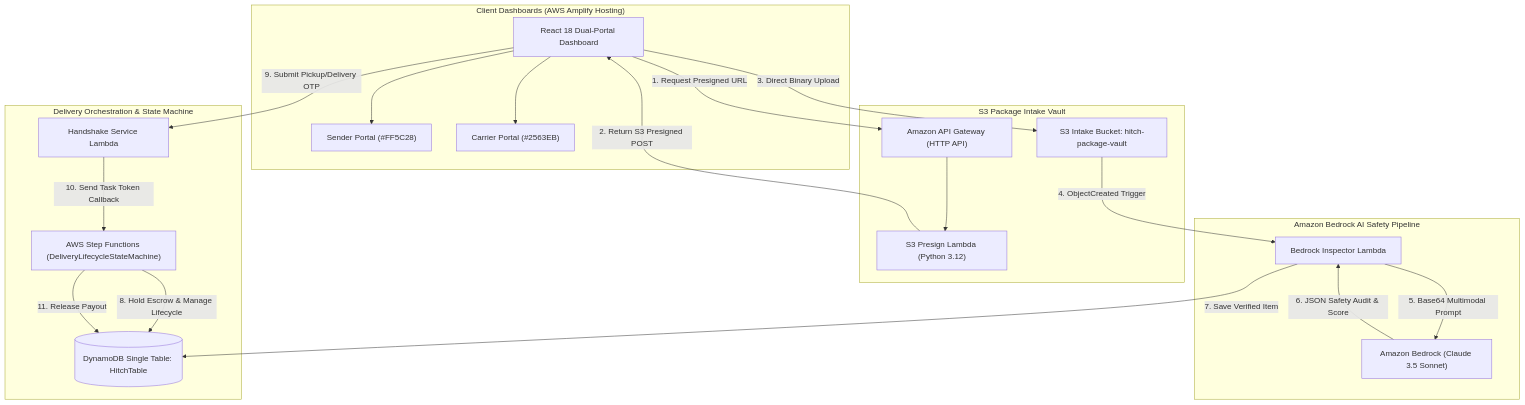
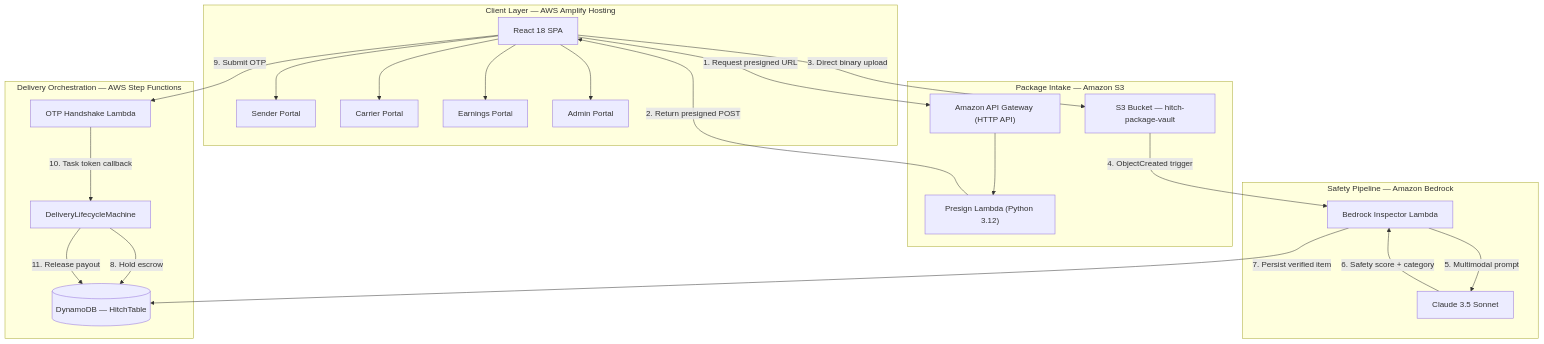
Before and after one commit to supreetpatil79/Hitch: the diagram in README.md, drawn with Mermaid. The commit also changed other lines of this file, not shown here.

Commit message:
docs(readme): rewrite platform overview, architecture reference, pricing model, and deployment guide

````diff
--- a/README.md
+++ b/README.md
@@ -33,42 +18,40 @@
 ```mermaid
 flowchart TD
-    subgraph Frontend ["Client Dashboards (AWS Amplify Hosting)"]
-        UI["React 18 Dual-Portal Dashboard"]
-        SP["Sender Portal (#FF5C28)"]
-        CP["Carrier Portal (#2563EB)"]
-        UI --> SP
-        UI --> CP
+    subgraph Frontend ["Client Layer — AWS Amplify Hosting"]
+        UI["React 18 SPA"]
+        SP["Sender Portal"]
+        CP["Carrier Portal"]
+        EP["Earnings Portal"]
+        AP["Admin Portal"]
+        UI --> SP & CP & EP & AP
     end
 
-    subgraph Ingestion ["S3 Package Intake Vault"]
-        API["Amazon API Gateway (HTTP API)"]
-        PresignLambda["S3 Presign Lambda (Python 3.12)"]
-        S3Bucket["S3 Intake Bucket: hitch-package-vault"]
-        
-        UI -->|1. Request Presigned URL| API
-        API --> PresignLambda
-        PresignLambda -->|2. Return S3 Presigned POST| UI
-        UI -->|3. Direct Binary Upload| S3Bucket
+    subgraph Ingestion ["Package Intake — Amazon S3"]
+        APIGW["Amazon API Gateway (HTTP API)"]
+        PresignFn["Presign Lambda (Python 3.12)"]
+        S3["S3 Bucket — hitch-package-vault"]
+        UI -->|"1. Request presigned URL"| APIGW
+        APIGW --> PresignFn
+        PresignFn -->|"2. Return presigned POST"| UI
+        UI -->|"3. Direct binary upload"| S3
     end
 
-    subgraph AI_Inspection ["Amazon Bedrock AI Safety Pipeline"]
-        BedrockLambda["Bedrock Inspector Lambda"]
-        Claude35["Amazon Bedrock (Claude 3.5 Sonnet)"]
-        
-        S3Bucket -->|4. ObjectCreated Trigger| BedrockLambda
-        BedrockLambda -->|5. Base64 Multimodal Prompt| Claude35
-        Claude35 -->|6. JSON Safety Audit & Score| BedrockLambda
+    subgraph Inspection ["Safety Pipeline — Amazon Bedrock"]
+        InspectFn["Bedrock Inspector Lambda"]
+        Claude["Claude 3.5 Sonnet"]
+        S3 -->|"4. ObjectCreated trigger"| InspectFn
+        InspectFn -->|"5. Multimodal prompt"| Claude
+        Claude -->|"6. Safety score + category"| InspectFn
     end
 
-    subgraph Orchestration ["Delivery Orchestration & State Machine"]
-        SFN["AWS Step Functions (DeliveryLifecycleStateMachine)"]
-        HandshakeLambda["Handshake Service Lambda"]
-        DDB[("DynamoDB Single Table: HitchTable")]
-        
-        BedrockLambda -->|7. Save Verified Item| DDB
-        SFN -->|8. Hold Escrow & Manage Lifecycle| DDB
-        UI -->|9. Submit Pickup/Delivery OTP| HandshakeLambda
-        HandshakeLambda -->|10. Send Task Token Callback| SFN
-        SFN -->|11. Release Payout| DDB
+    subgraph Lifecycle ["Delivery Orchestration — AWS Step Functions"]
+        SFN["DeliveryLifecycleMachine"]
+        HandshakeFn["OTP Handshake Lambda"]
+        DDB[("DynamoDB — HitchTable")]
+        InspectFn -->|"7. Persist verified item"| DDB
+        SFN -->|"8. Hold escrow"| DDB
+        UI -->|"9. Submit OTP"| HandshakeFn
+        HandshakeFn -->|"10. Task token callback"| SFN
+        SFN -->|"11. Release payout"| DDB
     end
 ```
````
